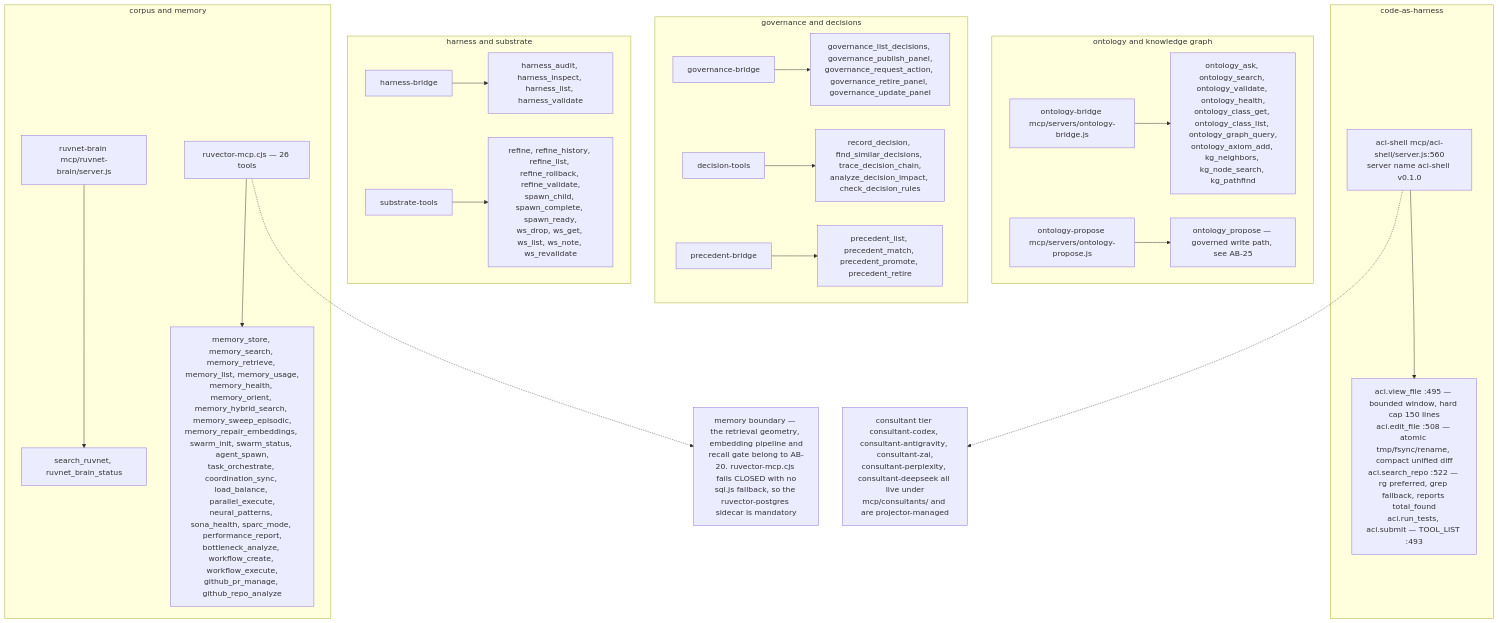
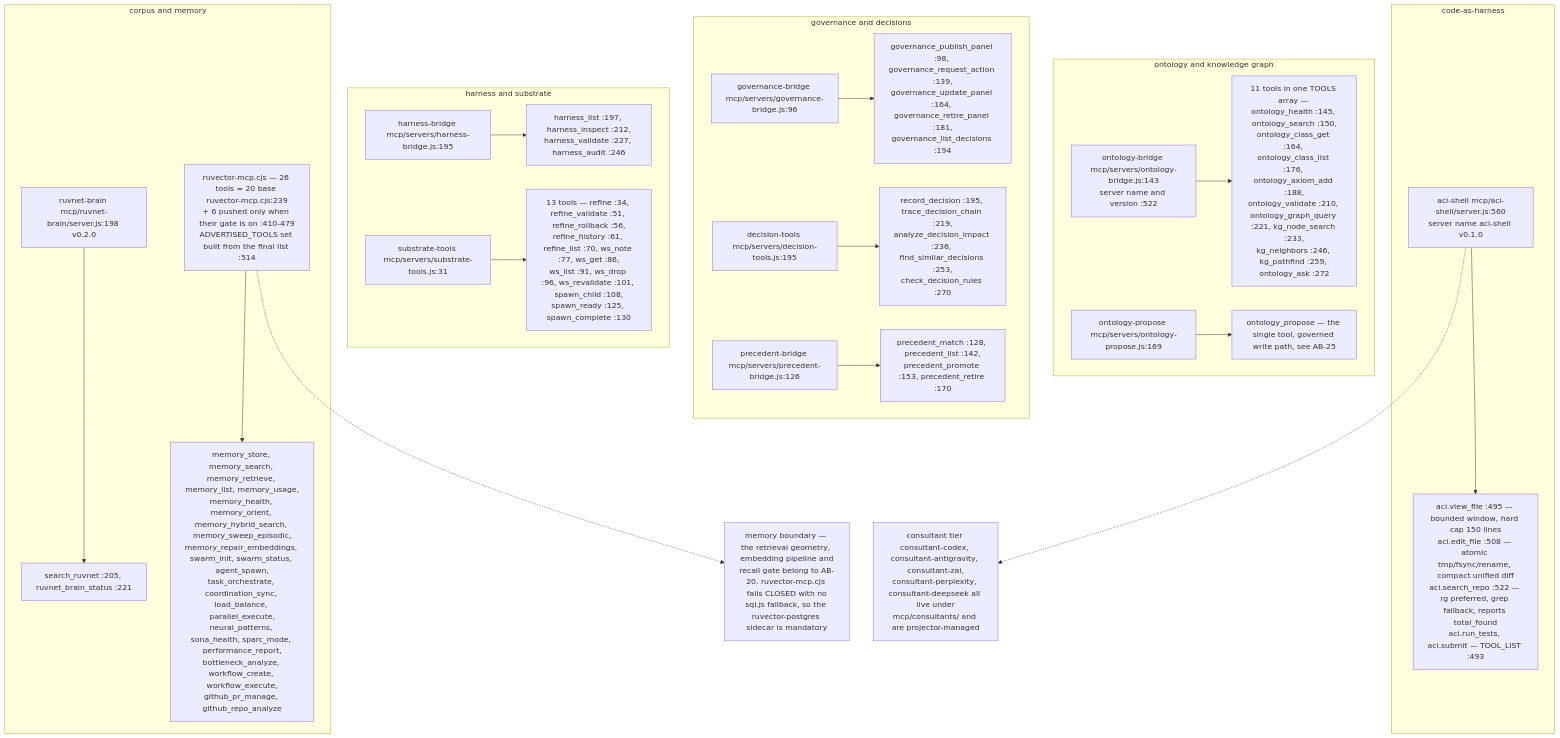
One commit to DreamLab-AI/VisionFlow changed the fifth of 7 diagrams in docs/diagrams/agentbox/09-mcp-servers-catalogue.md. Above: the diagram before and after it, drawn with Mermaid. The commit also changed other lines of this file and 52 other files, not shown here.

First line of the commit message:
docs(diagrams): wave 3 checkpoint — bare line refs resolved, revision-pinned cite-check, VC-05/AB-01..13 re-attested

````diff
--- a/docs/diagrams/agentbox/09-mcp-servers-catalogue.md
+++ b/docs/diagrams/agentbox/09-mcp-servers-catalogue.md
@@ -154,27 +154,27 @@
 ```mermaid
 flowchart TB
     subgraph CODE["code-as-harness"]
         A["aci-shell mcp/aci-shell/server.js:560<br/>server name aci-shell v0.1.0"]
         A --> AT["aci.view_file :495 — bounded window, hard cap 150 lines<br/>aci.edit_file :508 — atomic tmp/fsync/rename, compact unified diff<br/>aci.search_repo :522 — rg preferred, grep fallback, reports total_found<br/>aci.run_tests, aci.submit — TOOL_LIST :493"]
     end
     subgraph ONT["ontology and knowledge graph"]
-        B["ontology-bridge mcp/servers/ontology-bridge.js"]
-        B --> BT["ontology_ask, ontology_search, ontology_validate, ontology_health,<br/>ontology_class_get, ontology_class_list, ontology_graph_query,<br/>ontology_axiom_add, kg_neighbors, kg_node_search, kg_pathfind"]
-        C["ontology-propose mcp/servers/ontology-propose.js"] --> CT["ontology_propose — governed write path, see AB-25"]
+        B["ontology-bridge mcp/servers/ontology-bridge.js:143<br/>server name and version :522"]
+        B --> BT["11 tools in one TOOLS array — ontology_health :145, ontology_search :150,<br/>ontology_class_get :164, ontology_class_list :176, ontology_axiom_add :188,<br/>ontology_validate :210, ontology_graph_query :221, kg_node_search :233,<br/>kg_neighbors :246, kg_pathfind :259, ontology_ask :272"]
+        C["ontology-propose mcp/servers/ontology-propose.js:169"] --> CT["ontology_propose — the single tool, governed write path, see AB-25"]
     end
     subgraph GOV["governance and decisions"]
-        D["governance-bridge"] --> DT["governance_list_decisions, governance_publish_panel,<br/>governance_request_action, governance_retire_panel, governance_update_panel"]
-        E["decision-tools"] --> ET["record_decision, find_similar_decisions, trace_decision_chain,<br/>analyze_decision_impact, check_decision_rules"]
-        F["precedent-bridge"] --> FT["precedent_list, precedent_match, precedent_promote, precedent_retire"]
+        D["governance-bridge mcp/servers/governance-bridge.js:96"] --> DT["governance_publish_panel :98, governance_request_action :139,<br/>governance_update_panel :164, governance_retire_panel :181,<br/>governance_list_decisions :194"]
+        E["decision-tools mcp/servers/decision-tools.js:195"] --> ET["record_decision :195, trace_decision_chain :219,<br/>analyze_decision_impact :236, find_similar_decisions :253,<br/>check_decision_rules :270"]
+        F["precedent-bridge mcp/servers/precedent-bridge.js:126"] --> FT["precedent_match :128, precedent_list :142,<br/>precedent_promote :153, precedent_retire :170"]
     end
     subgraph HARN["harness and substrate"]
-        G["harness-bridge"] --> GT["harness_audit, harness_inspect, harness_list, harness_validate"]
-        H["substrate-tools"] --> HT["refine, refine_history, refine_list, refine_rollback, refine_validate,<br/>spawn_child, spawn_complete, spawn_ready,<br/>ws_drop, ws_get, ws_list, ws_note, ws_revalidate"]
+        G["harness-bridge mcp/servers/harness-bridge.js:195"] --> GT["harness_list :197, harness_inspect :212,<br/>harness_validate :227, harness_audit :246"]
+        H["substrate-tools mcp/servers/substrate-tools.js:31"] --> HT["13 tools — refine :34, refine_validate :51, refine_rollback :56,<br/>refine_history :61, refine_list :70, ws_note :77, ws_get :86,<br/>ws_list :91, ws_drop :96, ws_revalidate :101, spawn_child :108,<br/>spawn_ready :125, spawn_complete :130"]
     end
     subgraph KB["corpus and memory"]
-        I["ruvnet-brain mcp/ruvnet-brain/server.js"] --> IT["search_ruvnet, ruvnet_brain_status"]
-        J["ruvector-mcp.cjs — 26 tools"] --> JT["memory_store, memory_search, memory_retrieve, memory_list, memory_usage,<br/>memory_health, memory_orient, memory_hybrid_search, memory_sweep_episodic,<br/>memory_repair_embeddings, swarm_init, swarm_status, agent_spawn,<br/>task_orchestrate, coordination_sync, load_balance, parallel_execute,<br/>neural_patterns, sona_health, sparc_mode, performance_report,<br/>bottleneck_analyze, workflow_create, workflow_execute,<br/>github_pr_manage, github_repo_analyze"]
+        I["ruvnet-brain mcp/ruvnet-brain/server.js:198 v0.2.0"] --> IT["search_ruvnet :205, ruvnet_brain_status :221"]
+        J["ruvector-mcp.cjs — 26 tools = 20 base ruvector-mcp.cjs:239<br/>+ 6 pushed only when their gate is on :410-479<br/>ADVERTISED_TOOLS set built from the final list :514"] --> JT["memory_store, memory_search, memory_retrieve, memory_list, memory_usage,<br/>memory_health, memory_orient, memory_hybrid_search, memory_sweep_episodic,<br/>memory_repair_embeddings, swarm_init, swarm_status, agent_spawn,<br/>task_orchestrate, coordination_sync, load_balance, parallel_execute,<br/>neural_patterns, sona_health, sparc_mode, performance_report,<br/>bottleneck_analyze, workflow_create, workflow_execute,<br/>github_pr_manage, github_repo_analyze"]
     end
     J -.-> RVB["memory boundary — the retrieval geometry, embedding pipeline and<br/>recall gate belong to AB-20. ruvector-mcp.cjs fails CLOSED with no<br/>sql.js fallback, so the ruvector-postgres sidecar is mandatory"]
     A -.-> AB["consultant tier consultant-codex, consultant-antigravity, consultant-zai,<br/>consultant-perplexity, consultant-deepseek all live under<br/>mcp/consultants/ and are projector-managed"]
 ```
````
